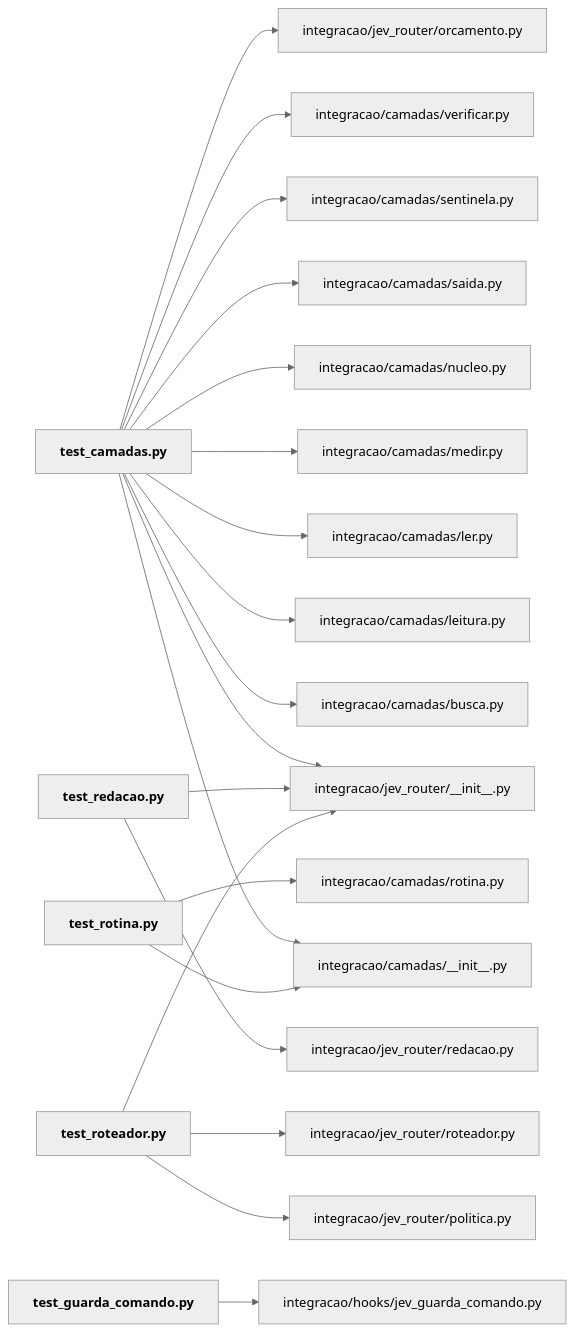
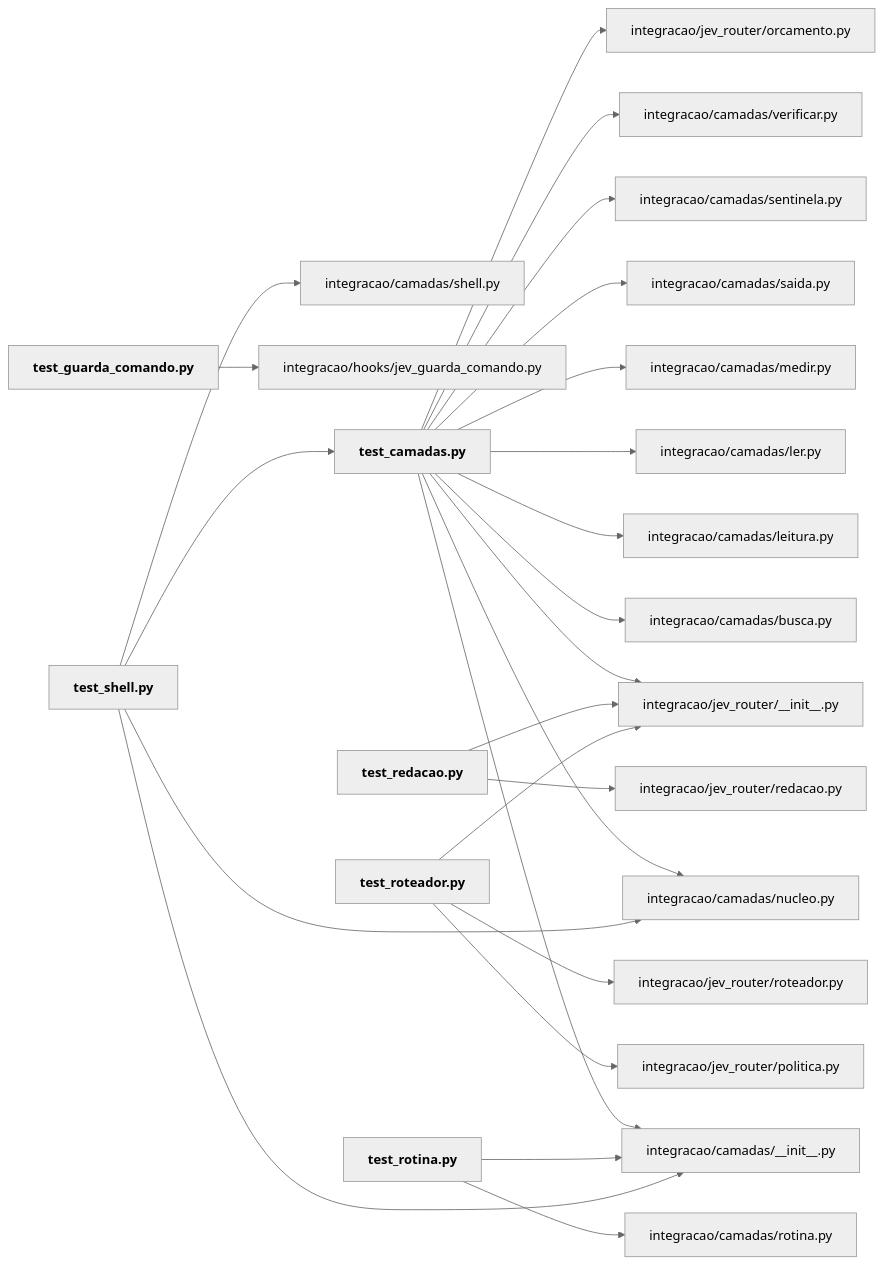
The diagram in mapa/pastas/integracao__tests.md (igormorais123/JEV), drawn with Mermaid (neutral theme) before and after one commit. The commit also changed other lines of this file and 47 other files, not shown here.

````diff
--- a/mapa/pastas/integracao__tests.md
+++ b/mapa/pastas/integracao__tests.md
@@ -21,43 +22,49 @@
 ```mermaid
 flowchart LR
   n_integracao_camadas___init___py["integracao/camadas/__init__.py"]
   n_integracao_camadas_busca_py["integracao/camadas/busca.py"]
   n_integracao_camadas_leitura_py["integracao/camadas/leitura.py"]
   n_integracao_camadas_ler_py["integracao/camadas/ler.py"]
   n_integracao_camadas_medir_py["integracao/camadas/medir.py"]
   n_integracao_camadas_nucleo_py["integracao/camadas/nucleo.py"]
   n_integracao_camadas_rotina_py["integracao/camadas/rotina.py"]
   n_integracao_camadas_saida_py["integracao/camadas/saida.py"]
   n_integracao_camadas_sentinela_py["integracao/camadas/sentinela.py"]
+  n_integracao_camadas_shell_py["integracao/camadas/shell.py"]
   n_integracao_camadas_verificar_py["integracao/camadas/verificar.py"]
   n_integracao_hooks_jev_guarda_comando_py["integracao/hooks/jev_guarda_comando.py"]
   n_integracao_jev_router___init___py["integracao/jev_router/__init__.py"]
   n_integracao_jev_router_orcamento_py["integracao/jev_router/orcamento.py"]
   n_integracao_jev_router_politica_py["integracao/jev_router/politica.py"]
   n_integracao_jev_router_redacao_py["integracao/jev_router/redacao.py"]
   n_integracao_jev_router_roteador_py["integracao/jev_router/roteador.py"]
   n_integracao_tests_test_camadas_py["<b>test_camadas.py</b>"]
   n_integracao_tests_test_guarda_comando_py["<b>test_guarda_comando.py</b>"]
   n_integracao_tests_test_redacao_py["<b>test_redacao.py</b>"]
   n_integracao_tests_test_roteador_py["<b>test_roteador.py</b>"]
   n_integracao_tests_test_rotina_py["<b>test_rotina.py</b>"]
+  n_integracao_tests_test_shell_py["<b>test_shell.py</b>"]
   n_integracao_tests_test_camadas_py --> n_integracao_camadas___init___py
   n_integracao_tests_test_camadas_py --> n_integracao_camadas_busca_py
   n_integracao_tests_test_camadas_py --> n_integracao_camadas_leitura_py
   n_integracao_tests_test_camadas_py --> n_integracao_camadas_ler_py
   n_integracao_tests_test_camadas_py --> n_integracao_camadas_medir_py
   n_integracao_tests_test_camadas_py --> n_integracao_camadas_nucleo_py
   n_integracao_tests_test_camadas_py --> n_integracao_camadas_saida_py
   n_integracao_tests_test_camadas_py --> n_integracao_camadas_sentinela_py
   n_integracao_tests_test_camadas_py --> n_integracao_camadas_verificar_py
   n_integracao_tests_test_camadas_py --> n_integracao_jev_router___init___py
   n_integracao_tests_test_camadas_py --> n_integracao_jev_router_orcamento_py
   n_integracao_tests_test_guarda_comando_py --> n_integracao_hooks_jev_guarda_comando_py
   n_integracao_tests_test_redacao_py --> n_integracao_jev_router___init___py
   n_integracao_tests_test_redacao_py --> n_integracao_jev_router_redacao_py
   n_integracao_tests_test_roteador_py --> n_integracao_jev_router___init___py
   n_integracao_tests_test_roteador_py --> n_integracao_jev_router_politica_py
   n_integracao_tests_test_roteador_py --> n_integracao_jev_router_roteador_py
   n_integracao_tests_test_rotina_py --> n_integracao_camadas___init___py
   n_integracao_tests_test_rotina_py --> n_integracao_camadas_rotina_py
+  n_integracao_tests_test_shell_py --> n_integracao_camadas___init___py
+  n_integracao_tests_test_shell_py --> n_integracao_camadas_nucleo_py
+  n_integracao_tests_test_shell_py --> n_integracao_camadas_shell_py
+  n_integracao_tests_test_shell_py --> n_integracao_tests_test_camadas_py
 ```
````
